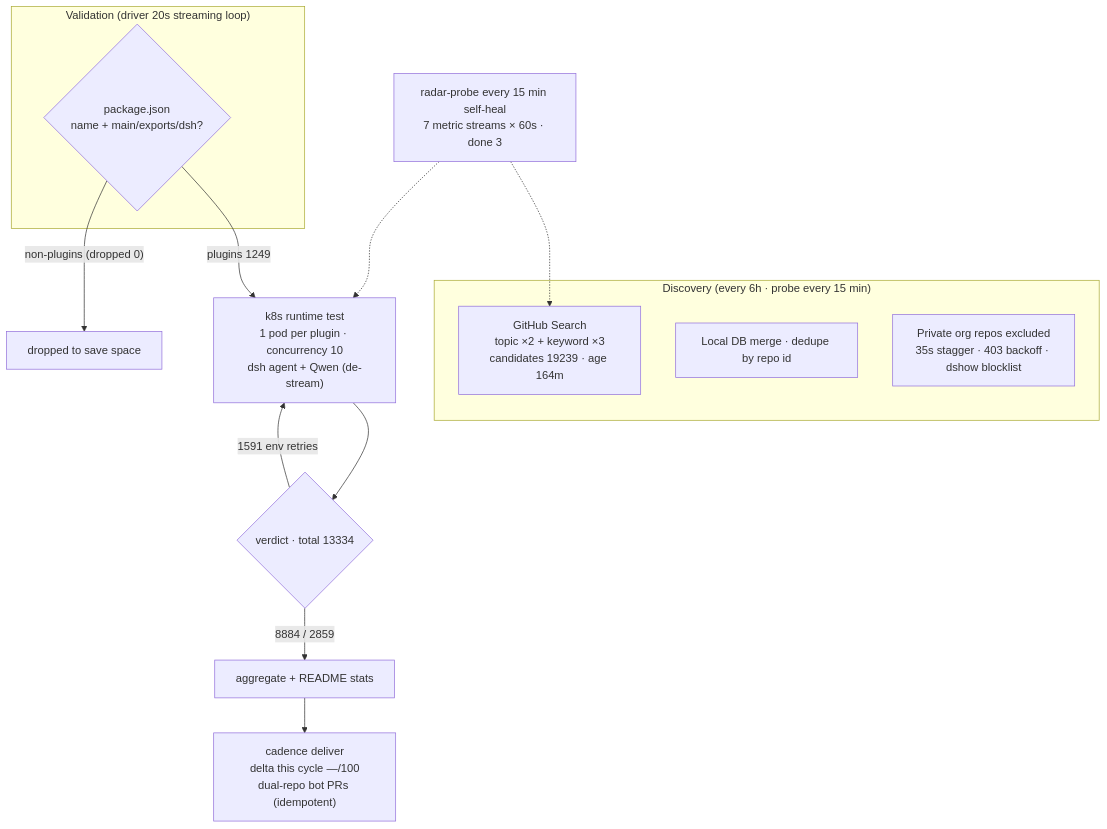
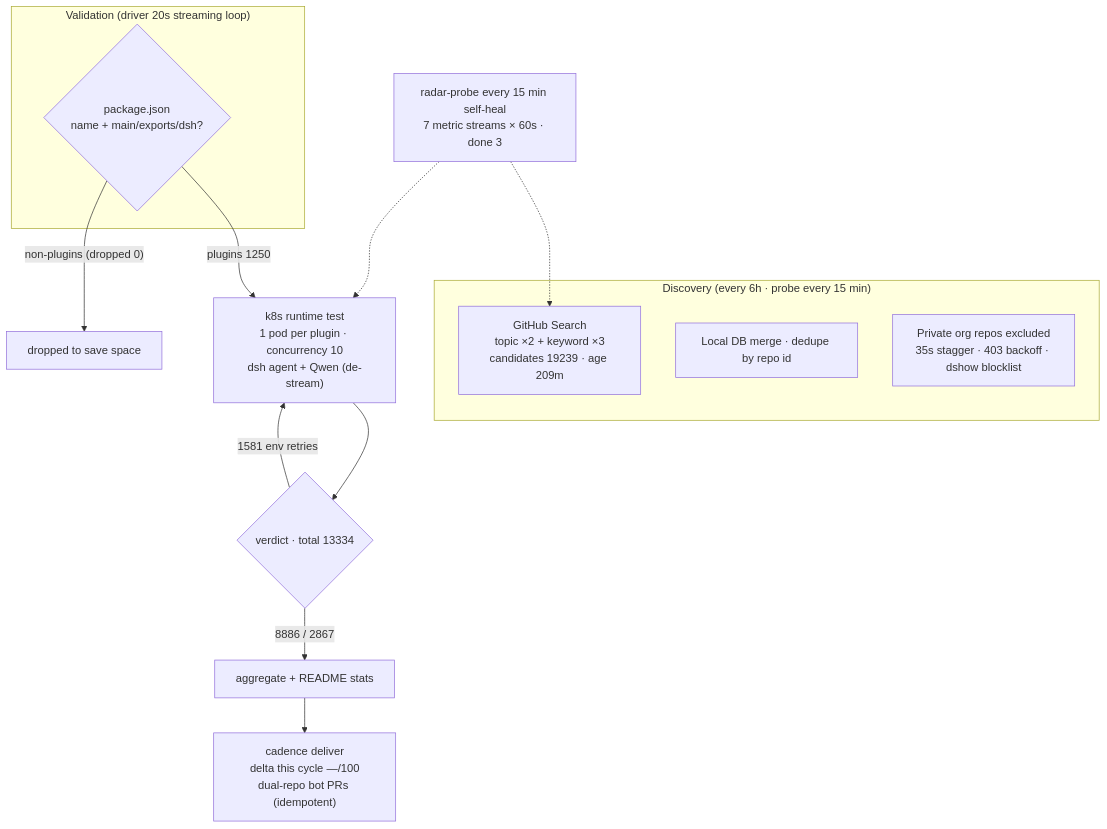
Before and after one commit to AdamPlatin123/dsh-plugin-radar: the diagram in README.en-US.md, drawn with Mermaid. The commit also changed other lines of this file and 10 other files, not shown here.

````diff
--- a/README.en-US.md
+++ b/README.en-US.md
@@ -45,20 +45,20 @@
 ```mermaid
 flowchart TB
     subgraph Discovery["Discovery (every 6h · probe every 15 min)"]
-        A1["GitHub Search<br/>topic ×2 + keyword ×3<br/>candidates 19239 · age 164m"]
+        A1["GitHub Search<br/>topic ×2 + keyword ×3<br/>candidates 19239 · age 209m"]
         A2["Local DB merge · dedupe by repo id"]
         A3["Private org repos excluded<br/>35s stagger · 403 backoff · dshow blocklist"]
     end
     subgraph Validation["Validation (driver 20s streaming loop)"]
         B1{"package.json<br/>name + main/exports/dsh?"}
     end
-    B1 -->|"plugins 1249"| C1["k8s runtime test<br/>1 pod per plugin · concurrency 10<br/>dsh agent + Qwen (de-stream)"]
+    B1 -->|"plugins 1250"| C1["k8s runtime test<br/>1 pod per plugin · concurrency 10<br/>dsh agent + Qwen (de-stream)"]
     B1 -->|"non-plugins (dropped 0)"| B3["dropped to save space"]
     C1 --> D1{"verdict · total 13334"}
-    D1 -->|"8884 / 2859"| E1["aggregate + README stats"]
-    D1 -->|"1591 env retries"| C1
+    D1 -->|"8886 / 2867"| E1["aggregate + README stats"]
+    D1 -->|"1581 env retries"| C1
     E1 --> E2["cadence deliver<br/>delta this cycle —/100<br/>dual-repo bot PRs (idempotent)"]
     M["radar-probe every 15 min self-heal<br/>7 metric streams × 60s · done 3"]
     M -.-> A1
     M -.-> C1
 ```
````
